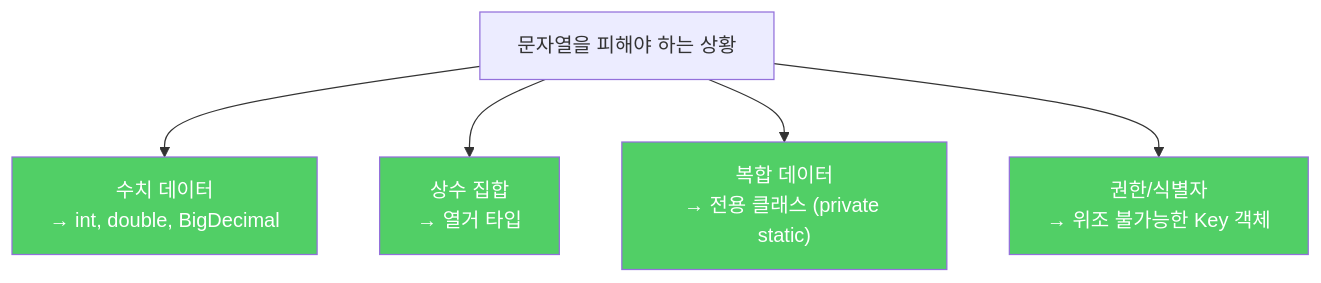
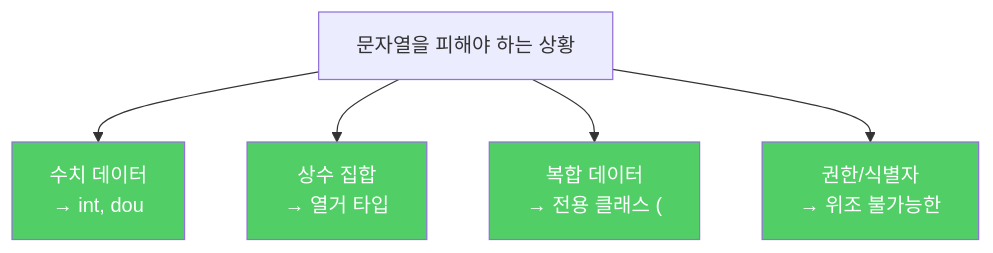
Before and after one commit to yjkim2015/yjkim2015.github.io: the diagram in _posts/java/2022-02-13-effective-java62.md, drawn with Mermaid. The commit also changed 271 other files, not shown here.

First line of the commit message:
Mermaid 라벨 축소: 긴 노드 텍스트 18자 이하로 트림 + \n 제거

````diff
--- a/_posts/java/2022-02-13-effective-java62.md
+++ b/_posts/java/2022-02-13-effective-java62.md
@@ -118,11 +118,11 @@
 ```mermaid
 graph TD
-    A["문자열을 피해야 하는 상황"] --> B["수치 데이터\n→ int, double, BigDecimal"]
+    A["문자열을 피해야 하는 상황"] --> B["수치 데이터\n→ int, dou"]
     A --> C["상수 집합\n→ 열거 타입"]
-    A --> D["복합 데이터\n→ 전용 클래스 (private static)"]
-    A --> E["권한/식별자\n→ 위조 불가능한 Key 객체"]
+    A --> D["복합 데이터\n→ 전용 클래스 ("]
+    A --> E["권한/식별자\n→ 위조 불가능한"]
     style B fill:#51cf66,color:#fff
     style C fill:#51cf66,color:#fff
     style D fill:#51cf66,color:#fff
     style E fill:#51cf66,color:#fff
 ```
````
